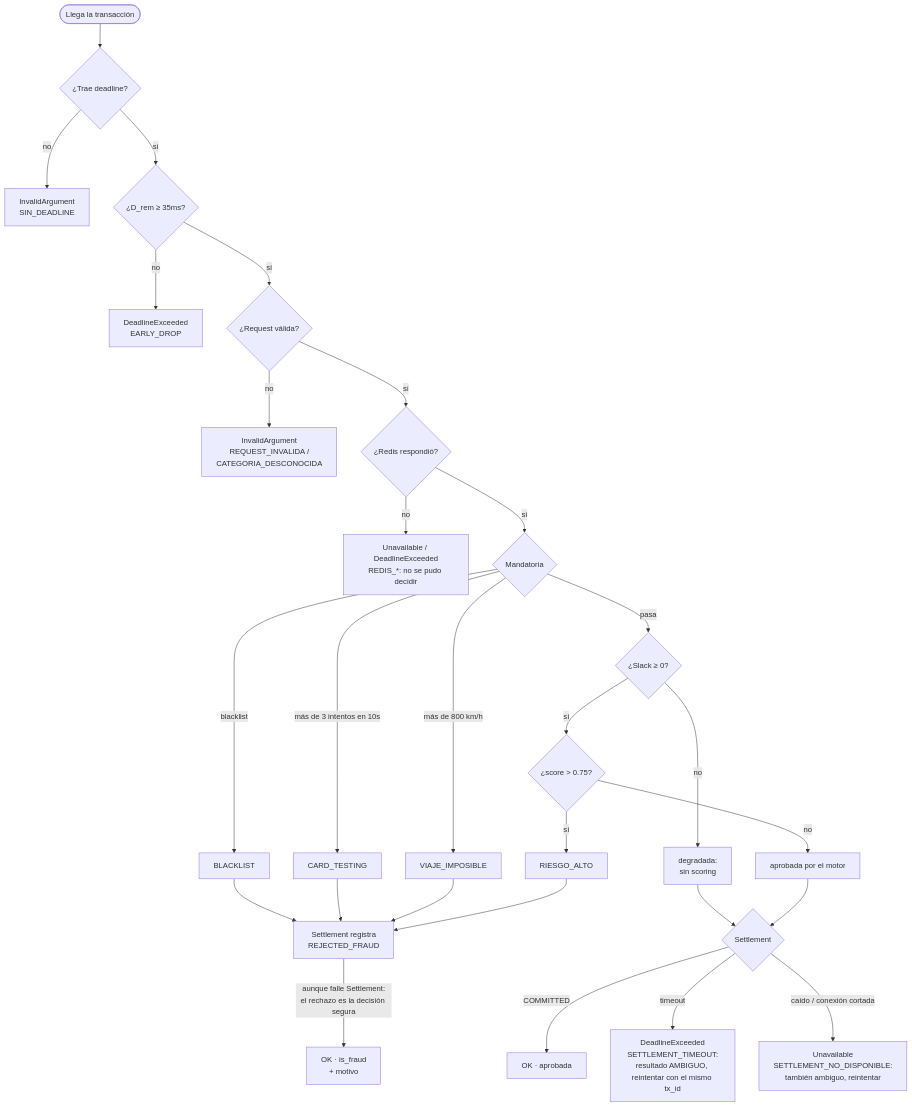
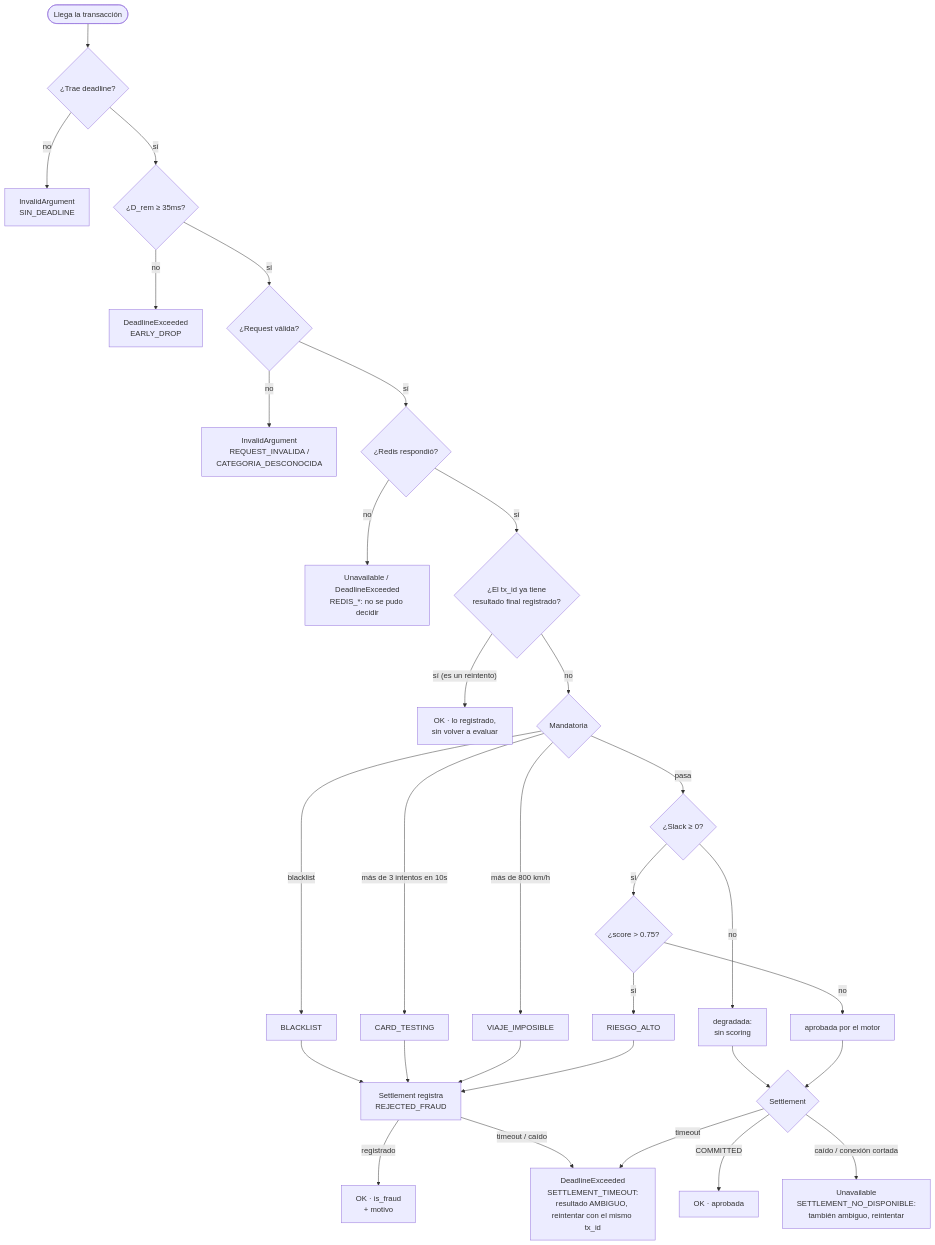
One commit to festradax07/Fraud-Detector-RTS changed the third of 4 diagrams in README.md. Above: the diagram before and after it, drawn with Mermaid. The commit also changed other lines of this file and 11 other files, not shown here.

````diff
--- a/README.md
+++ b/README.md
@@ -193,30 +195,33 @@
 ```mermaid
 flowchart TD
     A([Llega la transacción]) --> B{¿Trae deadline?}
     B -- no --> X1[InvalidArgument<br/>SIN_DEADLINE]
     B -- sí --> C{¿D_rem ≥ 35ms?}
     C -- no --> X2[DeadlineExceeded<br/>EARLY_DROP]
     C -- sí --> D{¿Request válida?}
     D -- no --> X3[InvalidArgument<br/>REQUEST_INVALIDA /<br/>CATEGORIA_DESCONOCIDA]
     D -- sí --> E{¿Redis respondió?}
     E -- no --> X4[Unavailable / DeadlineExceeded<br/>REDIS_*: no se pudo decidir]
-    E -- sí --> F{Mandatoria}
+    E -- sí --> K{¿El tx_id ya tiene<br/>resultado final registrado?}
+    K -- "sí (es un reintento)" --> RR[OK · lo registrado,<br/>sin volver a evaluar]
+    K -- no --> F{Mandatoria}
     F -- blacklist --> R1[BLACKLIST]
     F -- "más de 3 intentos en 10s" --> R2[CARD_TESTING]
     F -- "más de 800 km/h" --> R3[VIAJE_IMPOSIBLE]
     F -- pasa --> G{¿Slack ≥ 0?}
     G -- no --> H[degradada:<br/>sin scoring]
     G -- sí --> I{¿score > 0.75?}
     I -- sí --> R4[RIESGO_ALTO]
     I -- no --> H2[aprobada por el motor]
     R1 --> RS[Settlement registra<br/>REJECTED_FRAUD]
     R2 --> RS
     R3 --> RS
     R4 --> RS
-    RS -- "aunque falle Settlement:<br/>el rechazo es la decisión segura" --> RF[OK · is_fraud<br/>+ motivo]
+    RS -- registrado --> RF[OK · is_fraud<br/>+ motivo]
+    RS -- "timeout / caído" --> X5
     H --> J{Settlement}
     H2 --> J
     J -- COMMITTED --> OK[OK · aprobada]
     J -- timeout --> X5[DeadlineExceeded<br/>SETTLEMENT_TIMEOUT:<br/>resultado AMBIGUO, reintentar con el mismo tx_id]
     J -- "caído / conexión cortada" --> X6[Unavailable<br/>SETTLEMENT_NO_DISPONIBLE:<br/>también ambiguo, reintentar]
 ```
````
